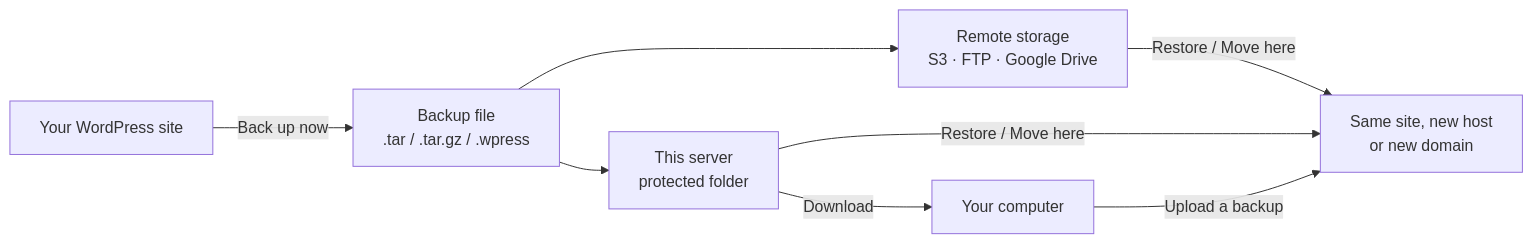
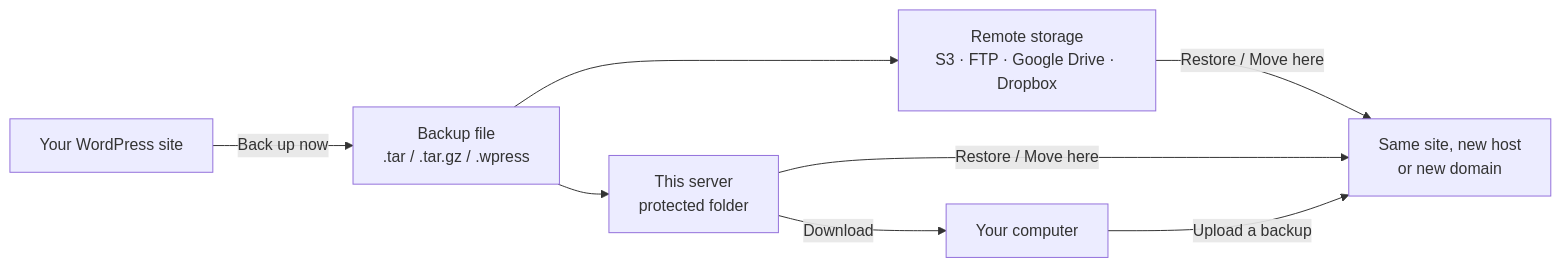
Before and after one commit to ihamzarizvi/siteferry: the first of 3 diagrams in README.md, drawn with Mermaid. The commit also changed other lines of this file and 19 other files, not shown here.

First line of the commit message:
Milestone 8: Dropbox storage

````diff
--- a/README.md
+++ b/README.md
@@ -119,10 +120,10 @@
 ```mermaid
 flowchart LR
     A["Your WordPress site"] -->|"Back up now"| B["Backup file<br/>.tar / .tar.gz / .wpress"]
     B --> C["This server<br/>protected folder"]
-    B --> D["Remote storage<br/>S3 · FTP · Google Drive"]
+    B --> D["Remote storage<br/>S3 · FTP · Google Drive · Dropbox"]
     C -->|"Download"| E["Your computer"]
     D -->|"Restore / Move here"| F["Same site, new host<br/>or new domain"]
     C -->|"Restore / Move here"| F
     E -->|"Upload a backup"| F
 ```
````
